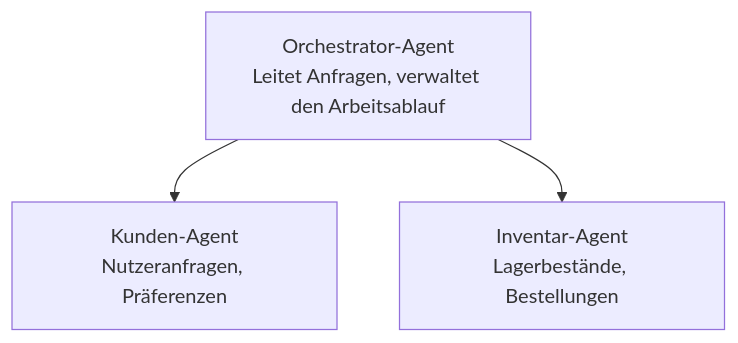
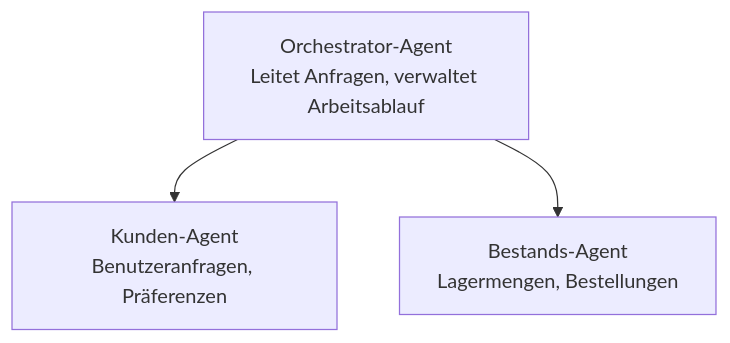
Before and after one commit to microsoft/AZD-for-beginners: the diagram in translations/de/docs/chapter-05-multi-agent/README.md, drawn with Mermaid. The commit also changed other lines of this file and 59 other files, not shown here.

````diff
--- a/translations/de/docs/chapter-05-multi-agent/README.md
+++ b/translations/de/docs/chapter-05-multi-agent/README.md
@@ -54,5 +54,5 @@
 ```mermaid
 graph TD
-    Orchestrator[Orchestrator-Agent<br/>Leitet Anfragen, verwaltet den Arbeitsablauf] --> Customer[Kunden-Agent<br/>Nutzeranfragen, Präferenzen]
-    Orchestrator --> Inventory[Inventar-Agent<br/>Lagerbestände, Bestellungen]
+    Orchestrator[Orchestrator-Agent<br/>Leitet Anfragen, verwaltet Arbeitsablauf] --> Customer[Kunden-Agent<br/>Benutzeranfragen, Präferenzen]
+    Orchestrator --> Inventory[Bestands-Agent<br/>Lagermengen, Bestellungen]
 ```
````
